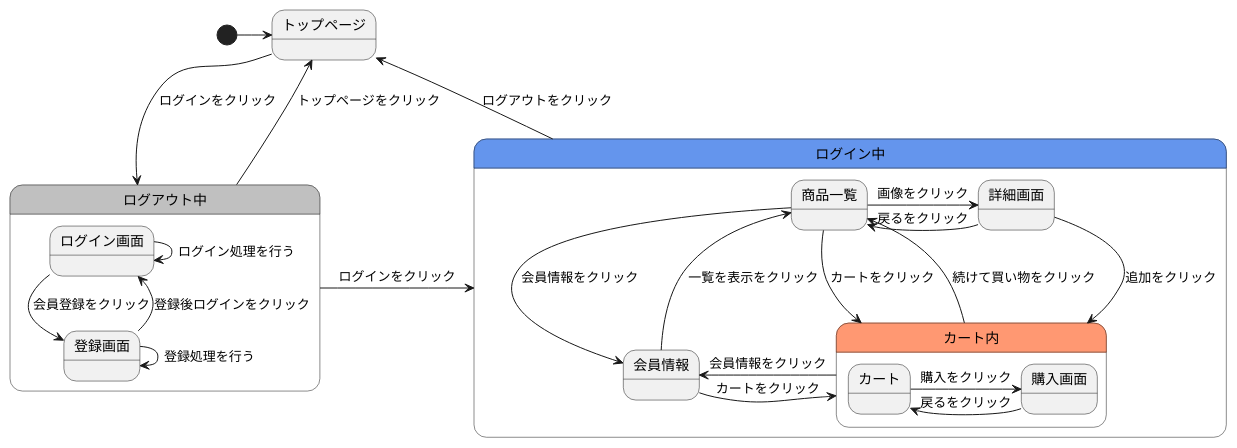
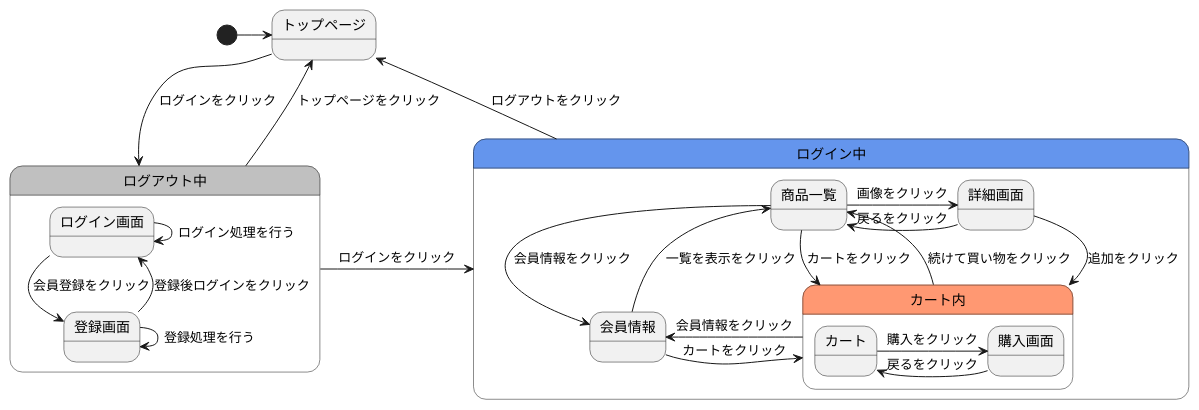
One commit to Aso2001409/2021sys-design changed the diagram in gamen2.md. Above: the diagram before and after it, drawn with PlantUML.

````diff
--- a/gamen2.md
+++ b/gamen2.md
@@ -1,30 +1,30 @@
 ```uml
 @startuml
 [*]->トップページ
 トップページ-->ログアウト中 :ログインをクリック
 ログアウト中->トップページ :トップページをクリック
 ログイン中->トップページ : ログアウトをクリック
 state ログアウト中 #C0C0C0{
   ログイン画面-->登録画面 :会員登録をクリック
   ログイン画面->ログイン画面 :ログイン処理を行う
   登録画面->登録画面 :登録処理を行う
   登録画面--> ログイン画面 :登録後ログインをクリック
 }
 ログアウト中->ログイン中 :ログインをクリック
 state ログイン中 #6495ED{
   商品一覧->詳細画面 :画像をクリック
-  商品一覧--->カート内 :カートをクリック
+  商品一覧-->カート内 :カートをクリック
   商品一覧->会員情報 :会員情報をクリック
   詳細画面->商品一覧 :戻るをクリック
   詳細画面->カート内 :追加をクリック
   会員情報->商品一覧 :一覧を表示をクリック
   会員情報->カート内 :カートをクリック
   state カート内 #FF9872{
     カート->購入画面 :購入をクリック
     購入画面->カート :戻るをクリック
     }  
   カート内->商品一覧 :続けて買い物をクリック
   カート内->会員情報 :会員情報をクリック
   }
 @enduml
 ```
````
